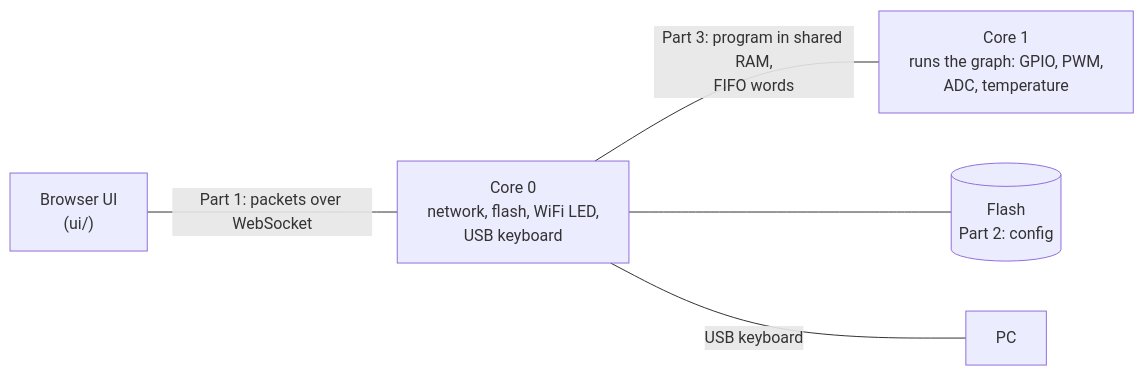
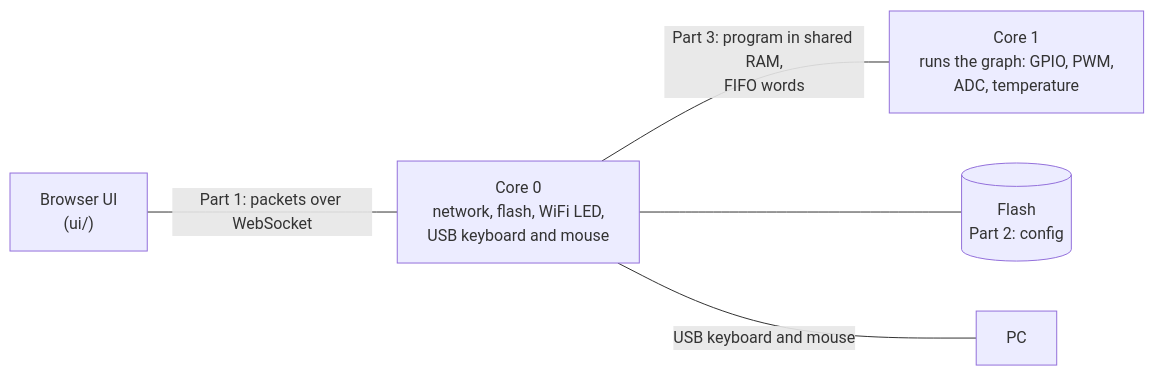
One commit to anroleroux/neograph changed the first of 5 diagrams in PROTOCOL.md. Above: the diagram before and after it, drawn with Mermaid. The commit also changed other lines of this file and 23 other files, not shown here.

First line of the commit message:
Add a USB mouse node (USB-MSE)

````diff
--- a/PROTOCOL.md
+++ b/PROTOCOL.md
@@ -7,7 +7,7 @@
 ```mermaid
 flowchart LR
-    UI["Browser UI<br/>(ui/)"] -- "Part 1: packets over WebSocket" --- C0["Core 0<br/>network, flash, WiFi LED,<br/>USB keyboard"]
+    UI["Browser UI<br/>(ui/)"] -- "Part 1: packets over WebSocket" --- C0["Core 0<br/>network, flash, WiFi LED,<br/>USB keyboard and mouse"]
     C0 -- "Part 3: program in shared RAM,<br/>FIFO words" --- C1["Core 1<br/>runs the graph: GPIO, PWM,<br/>ADC, temperature"]
     C0 --- F[("Flash<br/>Part 2: config")]
-    C0 -- "USB keyboard" --- PC["PC"]
+    C0 -- "USB keyboard and mouse" --- PC["PC"]
 ```
````
